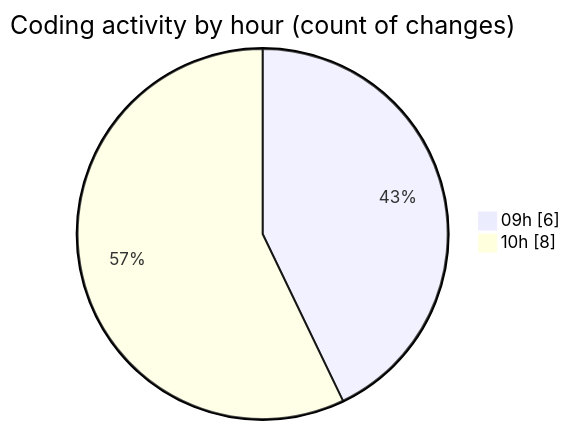
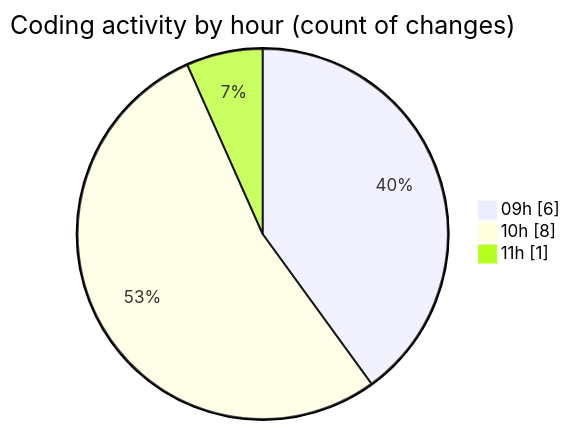
Before and after one commit to momahboobian/code-tracking: the second of 2 diagrams in 2026-08-13/cda/README.md, drawn with Mermaid. The commit also changed other lines of this file and 1 other file, not shown here.

````diff
--- a/2026-08-13/cda/README.md
+++ b/2026-08-13/cda/README.md
@@ -38,6 +40,7 @@
 ```mermaid
 pie showData
 title Coding activity by hour (count of changes)
 "09h" : 6
 "10h" : 8
+"11h" : 1
 ```
````
